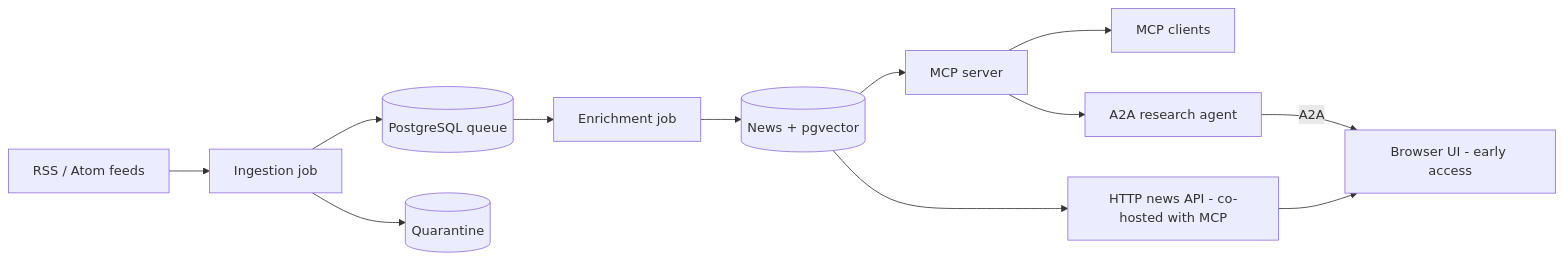
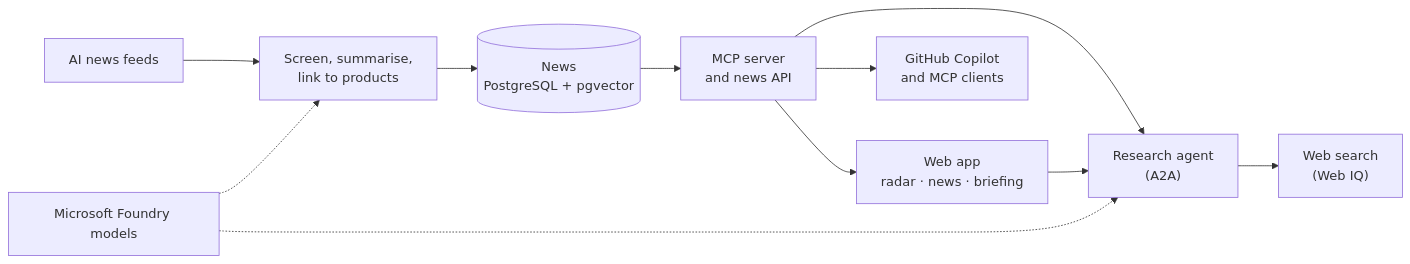
One commit to ikhemissi/newsloom changed the first of 5 diagrams in README.md. Above: the diagram before and after it, drawn with Mermaid. The commit also changed other lines of this file and 9 other files, not shown here.

````diff
--- a/README.md
+++ b/README.md
@@ -14,14 +27,13 @@
 ```mermaid
 flowchart LR
-    Feeds["RSS / Atom feeds"] --> Ingestion["Ingestion job"]
-    Ingestion --> Queue[("PostgreSQL queue")]
-    Ingestion --> Quarantine[("Quarantine")]
-    Queue --> Enrichment["Enrichment job"]
-    Enrichment --> News[("News + pgvector")]
-    News --> MCP["MCP server"]
-    MCP --> Clients["MCP clients"]
-    MCP --> Agent["A2A research agent"]
-    Agent -->|A2A| UI["Browser UI - early access"]
-    News --> API["HTTP news API - co-hosted with MCP"]
-    API --> UI
+  FEEDS["AI news feeds"] --> PIPE["Screen, summarise,<br/>link to products"]
+  PIPE --> DB[("News<br/>PostgreSQL + pgvector")]
+  DB --> MCP["MCP server<br/>and news API"]
+  MCP --> WEB["Web app<br/>radar · news · briefing"]
+  MCP --> COPILOT["GitHub Copilot<br/>and MCP clients"]
+  MCP --> AGENT["Research agent<br/>(A2A)"]
+  WEB --> AGENT
+  AGENT --> WEBIQ["Web search<br/>(Web IQ)"]
+  FOUNDRY["Microsoft Foundry models"] -.-> PIPE
+  FOUNDRY -.-> AGENT
 ```
````
